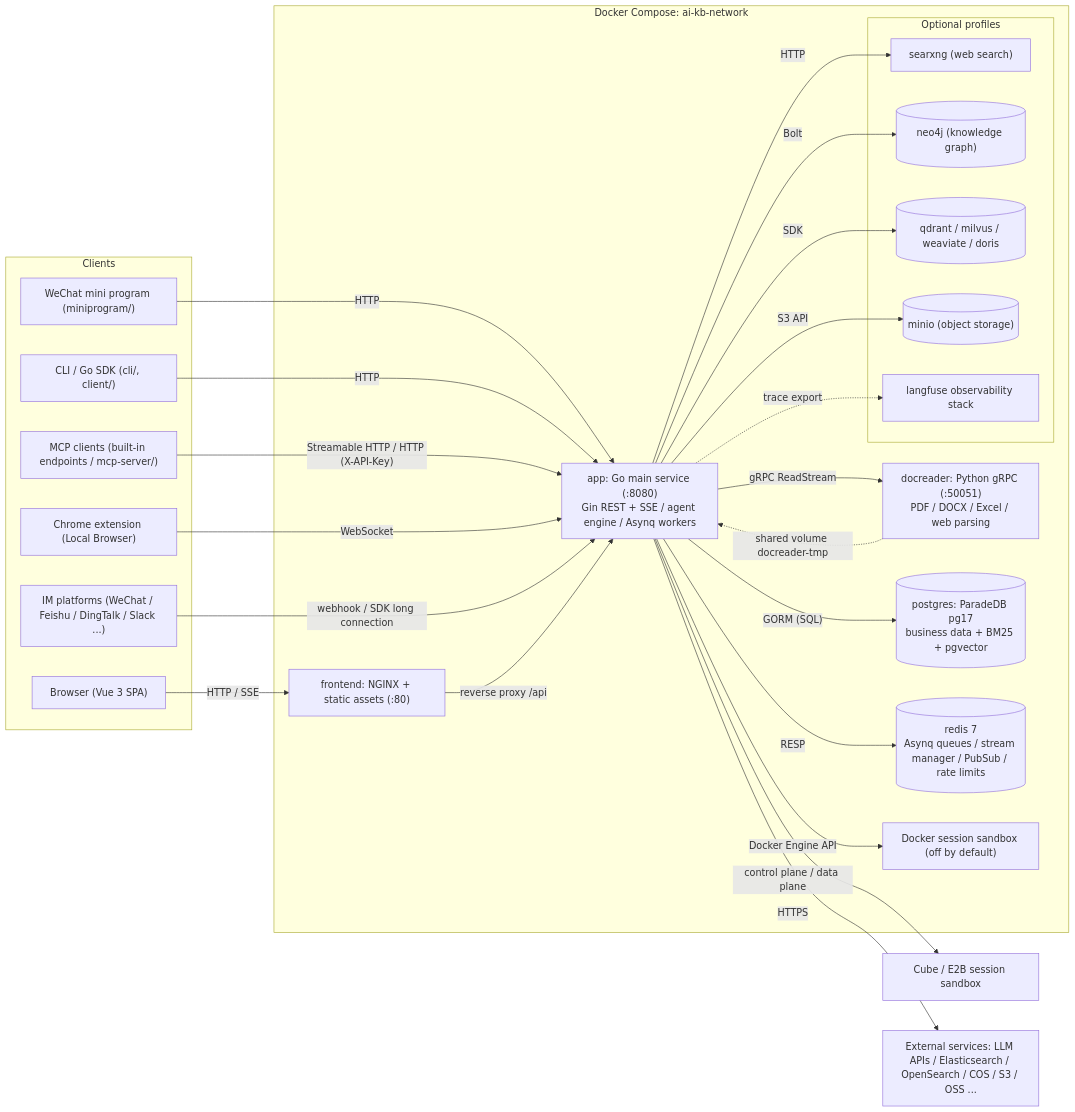
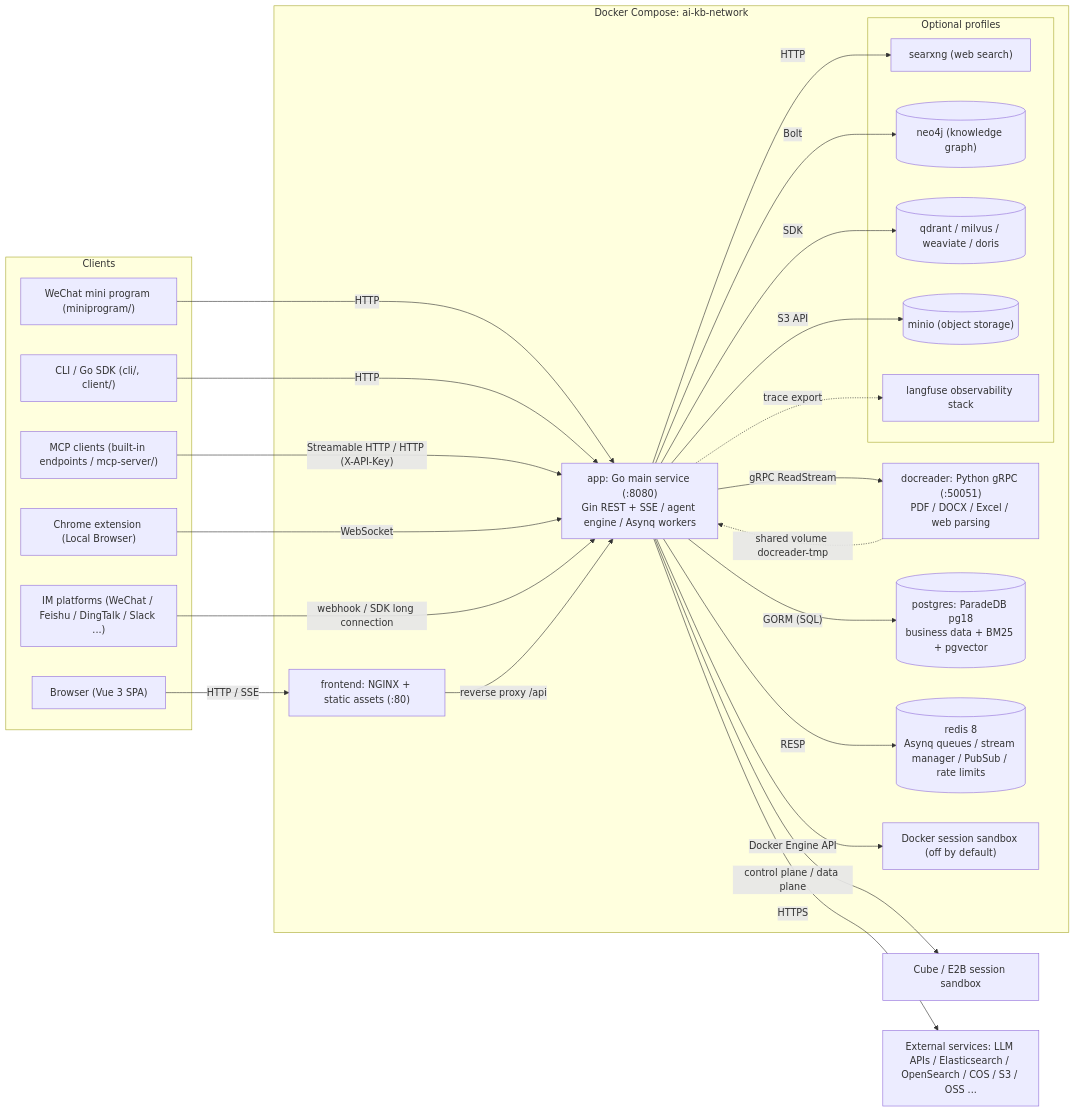
One commit to jrmatherly/ai-kb changed the first of 2 diagrams in website-docs/02-architecture/01-overview.md. Above: the diagram before and after it, drawn with Mermaid. The commit also changed other lines of this file and 14 other files, not shown here.

````diff
--- a/website-docs/02-architecture/01-overview.md
+++ b/website-docs/02-architecture/01-overview.md
@@ -92,50 +92,50 @@
 ```mermaid
 graph LR
     subgraph Clients["Clients"]
         Browser["Browser (Vue 3 SPA)"]
         Mini["WeChat mini program (miniprogram/)"]
         CLI["CLI / Go SDK (cli/, client/)"]
         MCPC["MCP clients (built-in endpoints / mcp-server/)"]
         EXTN["Chrome extension (Local Browser)"]
         IM["IM platforms (WeChat / Feishu / DingTalk / Slack ...)"]
     end
 
     subgraph Compose["Docker Compose: ai-kb-network"]
         FE["frontend: NGINX + static assets (:80)"]
         APP["app: Go main service (:8080)<br/>Gin REST + SSE / agent engine / Asynq workers"]
         DR["docreader: Python gRPC (:50051)<br/>PDF / DOCX / Excel / web parsing"]
-        PG[("postgres: ParadeDB pg17<br/>business data + BM25 + pgvector")]
-        RD[("redis 7<br/>Asynq queues / stream manager / PubSub / rate limits")]
+        PG[("postgres: ParadeDB pg18<br/>business data + BM25 + pgvector")]
+        RD[("redis 8<br/>Asynq queues / stream manager / PubSub / rate limits")]
         SBX["Docker session sandbox (off by default)"]
         subgraph Optional["Optional profiles"]
             SX["searxng (web search)"]
             NEO[("neo4j (knowledge graph)")]
             VDB[("qdrant / milvus / weaviate / doris")]
             MINIO[("minio (object storage)")]
             LF["langfuse observability stack"]
         end
     end
 
     REMOTE["Cube / E2B session sandbox"]
     EXT["External services: LLM APIs / Elasticsearch / OpenSearch / COS / S3 / OSS ..."]
 
     Browser -->|"HTTP / SSE"| FE
     Mini -->|"HTTP"| APP
     CLI -->|"HTTP"| APP
     MCPC -->|"Streamable HTTP / HTTP (X-API-Key)"| APP
     EXTN -->|"WebSocket"| APP
     IM -->|"webhook / SDK long connection"| APP
     FE -->|"reverse proxy /api"| APP
     APP -->|"gRPC ReadStream"| DR
     APP -->|"GORM (SQL)"| PG
     APP -->|"RESP"| RD
     APP -->|"Docker Engine API"| SBX
     APP -->|"control plane / data plane"| REMOTE
     APP -->|"HTTP"| SX
     APP -->|"Bolt"| NEO
     APP -->|"SDK"| VDB
     APP -->|"S3 API"| MINIO
     APP -->|"HTTPS"| EXT
     APP -.->|"trace export"| LF
     DR -.->|"shared volume docreader-tmp"| APP
 ```
````
